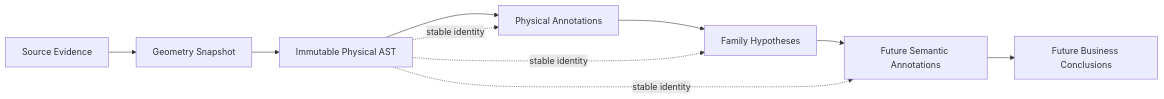
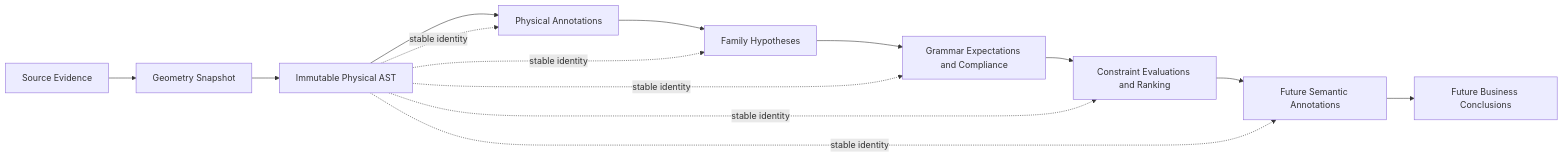
The seventh of 20 diagrams in docs/Enterprise-Architecture/Receipt-Intelligence-Enterprise-Architecture.md (rchalicham/ai-backend), drawn with Mermaid before and after one commit. The commit also changed other lines of this file and 330 other files, not shown here.

````diff
--- a/docs/Enterprise-Architecture/Receipt-Intelligence-Enterprise-Architecture.md
+++ b/docs/Enterprise-Architecture/Receipt-Intelligence-Enterprise-Architecture.md
@@ -533,12 +812,16 @@
 ```mermaid
 flowchart LR
     source[Source Evidence] --> geometry[Geometry Snapshot]
     geometry --> document[Immutable Physical AST]
     document --> physical[Physical Annotations]
     physical --> hypotheses[Family Hypotheses]
-    hypotheses --> semantic[Future Semantic Annotations]
+    hypotheses --> grammar[Grammar Expectations and Compliance]
+    grammar --> constraints[Constraint Evaluations and Ranking]
+    constraints --> semantic[Future Semantic Annotations]
     semantic --> business[Future Business Conclusions]
     document -. stable identity .-> physical
     document -. stable identity .-> hypotheses
+    document -. stable identity .-> grammar
+    document -. stable identity .-> constraints
     document -. stable identity .-> semantic
 ```
````
